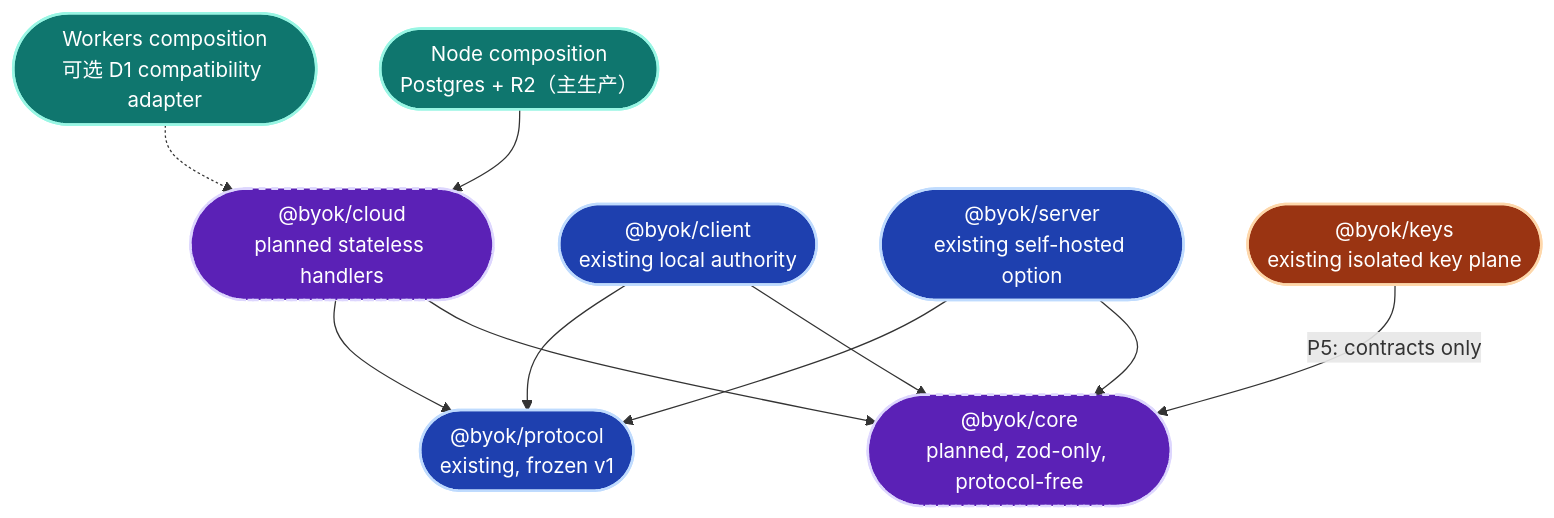
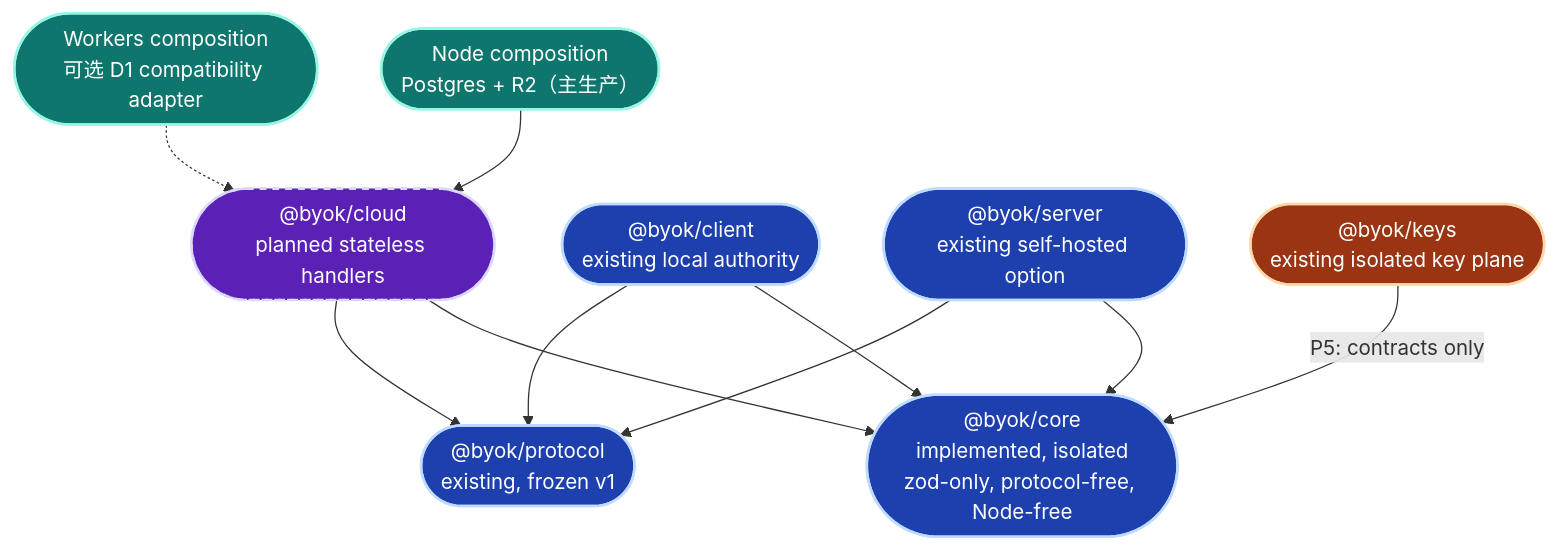
Diagram 16 of 23 in docs/architecture/sdk-architecture.md (Ancienttwo/byok-sdk), drawn with Mermaid before and after one commit. The commit also changed other lines of this file and 1 other file, not shown here.

Commit message:
docs(architecture): mark @byok/core as implemented and rule the operator surface host-global

````diff
--- a/docs/architecture/sdk-architecture.md
+++ b/docs/architecture/sdk-architecture.md
@@ -917,29 +918,28 @@
 ```mermaid
 flowchart TB
   classDef existing fill:#1e40af,stroke:#bfdbfe,stroke-width:2px,color:#fff
   classDef planned fill:#5b21b6,stroke:#ddd6fe,stroke-width:2px,color:#fff
   classDef isolated fill:#9a3412,stroke:#fed7aa,stroke-width:2px,color:#fff
   classDef deploy fill:#0f766e,stroke:#99f6e4,stroke-width:2px,color:#fff
 
   Protocol(["@byok/protocol<br/>existing, frozen v1"]):::existing
-  Core(["@byok/core<br/>planned, zod-only, protocol-free"]):::planned
+  Core(["@byok/core<br/>implemented, isolated<br/>zod-only, protocol-free, Node-free"]):::existing
   Cloud(["@byok/cloud<br/>planned stateless handlers"]):::planned
   Client(["@byok/client<br/>existing local authority"]):::existing
   Server(["@byok/server<br/>existing self-hosted option"]):::existing
   Keys(["@byok/keys<br/>existing isolated key plane"]):::isolated
   Node(["Node composition<br/>Postgres + R2（主生产）"]):::deploy
   Workers(["Workers composition<br/>可选 D1 compatibility adapter"]):::deploy
 
   Cloud --> Core
   Cloud --> Protocol
   Client --> Core
   Client --> Protocol
   Server --> Core
   Server --> Protocol
   Keys -->|"P5: contracts only"| Core
   Node --> Cloud
   Workers -.-> Cloud
 
-  style Core stroke-dasharray:5 5
   style Cloud stroke-dasharray:5 5
 ```
````
